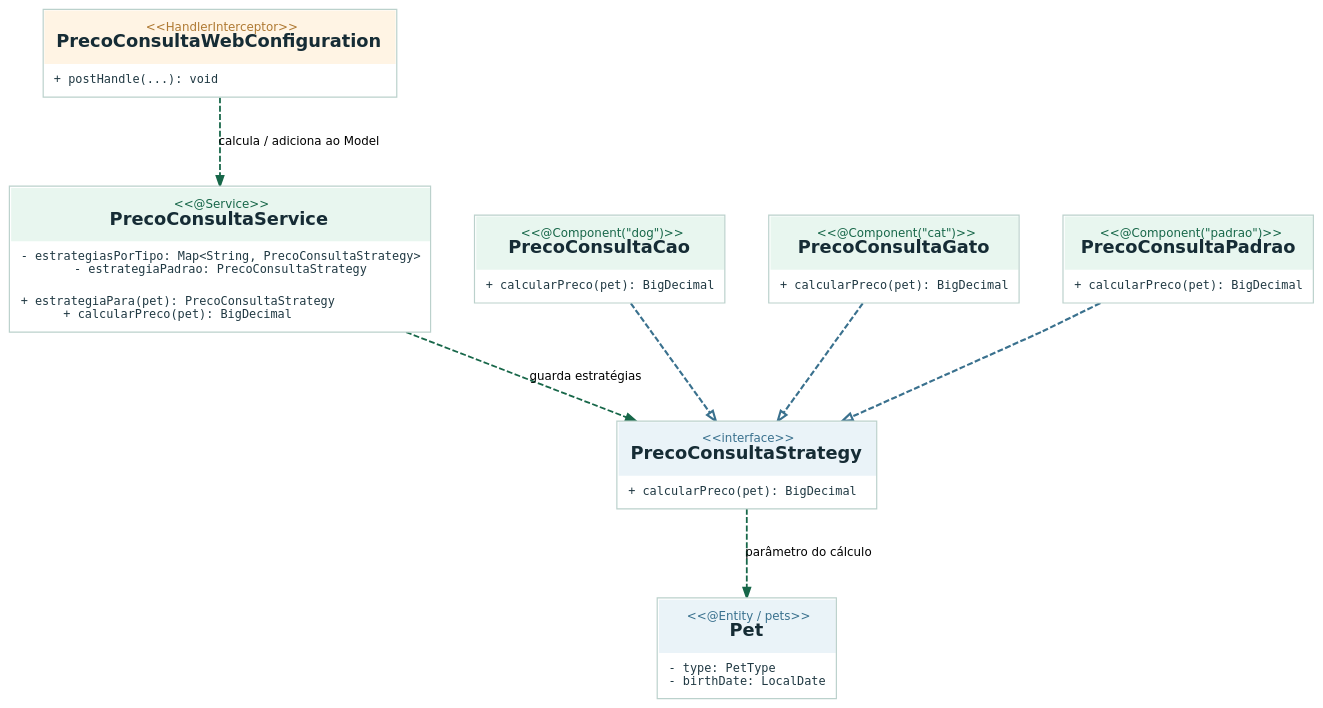
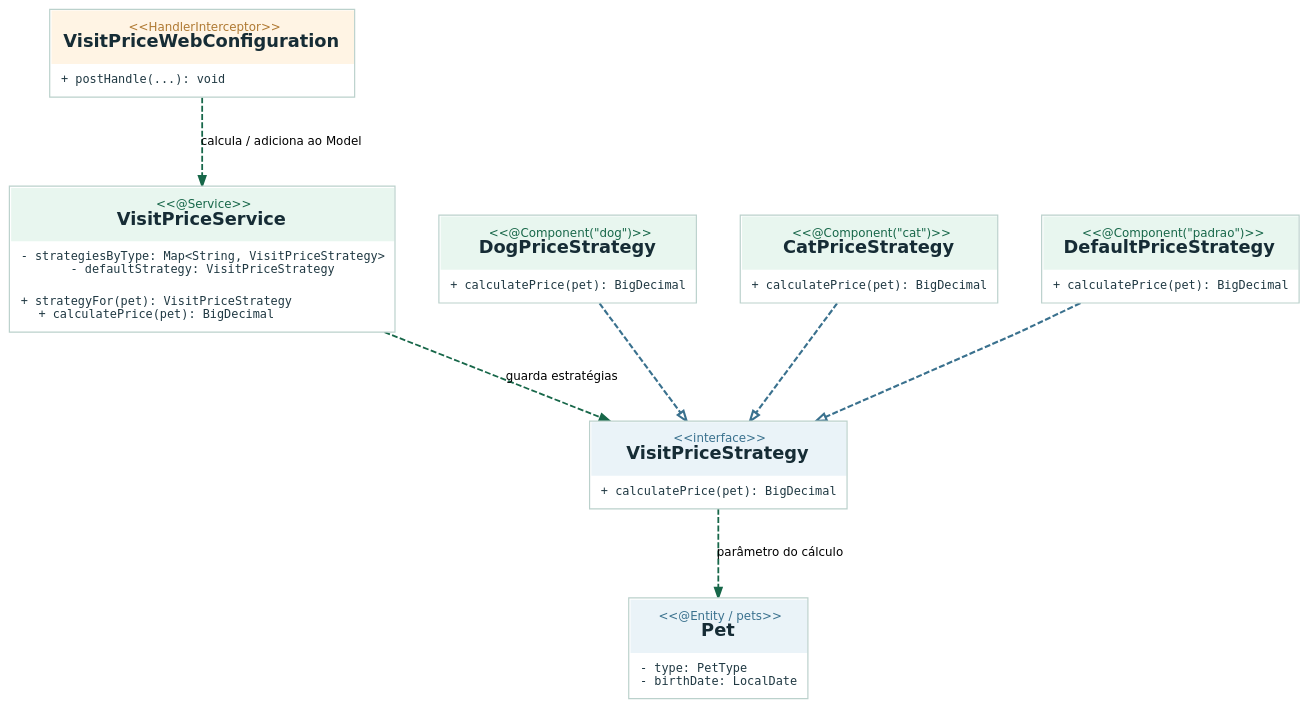
Before and after one commit to GabrielKayran/spring-petclinic: the diagram in docs/uml/dot/05_classes_strategy.dot, drawn with Graphviz. The commit also changed 115 other files, not shown here.

```diff
--- a/docs/uml/dot/05_classes_strategy.dot
+++ b/docs/uml/dot/05_classes_strategy.dot
@@ -1,19 +1,19 @@
 digraph G {
   graph [rankdir=TB, bgcolor="transparent", pad="0.32", nodesep=.52, ranksep=.87, splines=polyline, outputorder=edgesfirst, fontname="DejaVu Sans", fontsize=12];
   node [shape=plain, fontname="DejaVu Sans"];
   edge [color="#5C7280", fontname="DejaVu Sans", fontsize=10, arrowsize=.85, penwidth=1.3];
-  Iface [label=<<TABLE BORDER="1" CELLBORDER="0" CELLSPACING="0" CELLPADDING="1" COLOR="#BBD1CC" BGCOLOR="#FFFFFF"><TR><TD BGCOLOR="#EAF3F8" CELLPADDING="10" ALIGN="CENTER"><FONT FACE="DejaVu Sans" COLOR="#3A718E" POINT-SIZE="10">&lt;&lt;interface&gt;&gt;</FONT><BR/><FONT FACE="DejaVu Sans" COLOR="#162C35" POINT-SIZE="15"><B>PrecoConsultaStrategy</B></FONT></TD></TR><TR><TD ALIGN="LEFT" CELLPADDING="8"><FONT FACE="DejaVu Sans Mono" POINT-SIZE="10" COLOR="#203943">+ calcularPreco(pet): BigDecimal</FONT></TD></TR></TABLE>>];
-  Service [label=<<TABLE BORDER="1" CELLBORDER="0" CELLSPACING="0" CELLPADDING="1" COLOR="#BBD1CC" BGCOLOR="#FFFFFF"><TR><TD BGCOLOR="#E8F6EF" CELLPADDING="10" ALIGN="CENTER"><FONT FACE="DejaVu Sans" COLOR="#176749" POINT-SIZE="10">&lt;&lt;@Service&gt;&gt;</FONT><BR/><FONT FACE="DejaVu Sans" COLOR="#162C35" POINT-SIZE="15"><B>PrecoConsultaService</B></FONT></TD></TR><TR><TD ALIGN="LEFT" CELLPADDING="8"><FONT FACE="DejaVu Sans Mono" POINT-SIZE="10" COLOR="#203943">- estrategiasPorTipo: Map&lt;String, PrecoConsultaStrategy&gt;<BR ALIGN="LEFT"/>- estrategiaPadrao: PrecoConsultaStrategy</FONT></TD></TR><TR><TD ALIGN="LEFT" CELLPADDING="8"><FONT FACE="DejaVu Sans Mono" POINT-SIZE="10" COLOR="#203943">+ estrategiaPara(pet): PrecoConsultaStrategy<BR ALIGN="LEFT"/>+ calcularPreco(pet): BigDecimal</FONT></TD></TR></TABLE>>];
-  Dog [label=<<TABLE BORDER="1" CELLBORDER="0" CELLSPACING="0" CELLPADDING="1" COLOR="#BBD1CC" BGCOLOR="#FFFFFF"><TR><TD BGCOLOR="#E8F6EF" CELLPADDING="10" ALIGN="CENTER"><FONT FACE="DejaVu Sans" COLOR="#176749" POINT-SIZE="10">&lt;&lt;@Component(&quot;dog&quot;)&gt;&gt;</FONT><BR/><FONT FACE="DejaVu Sans" COLOR="#162C35" POINT-SIZE="15"><B>PrecoConsultaCao</B></FONT></TD></TR><TR><TD ALIGN="LEFT" CELLPADDING="8"><FONT FACE="DejaVu Sans Mono" POINT-SIZE="10" COLOR="#203943">+ calcularPreco(pet): BigDecimal</FONT></TD></TR></TABLE>>];
-  Cat [label=<<TABLE BORDER="1" CELLBORDER="0" CELLSPACING="0" CELLPADDING="1" COLOR="#BBD1CC" BGCOLOR="#FFFFFF"><TR><TD BGCOLOR="#E8F6EF" CELLPADDING="10" ALIGN="CENTER"><FONT FACE="DejaVu Sans" COLOR="#176749" POINT-SIZE="10">&lt;&lt;@Component(&quot;cat&quot;)&gt;&gt;</FONT><BR/><FONT FACE="DejaVu Sans" COLOR="#162C35" POINT-SIZE="15"><B>PrecoConsultaGato</B></FONT></TD></TR><TR><TD ALIGN="LEFT" CELLPADDING="8"><FONT FACE="DejaVu Sans Mono" POINT-SIZE="10" COLOR="#203943">+ calcularPreco(pet): BigDecimal</FONT></TD></TR></TABLE>>];
-  Default [label=<<TABLE BORDER="1" CELLBORDER="0" CELLSPACING="0" CELLPADDING="1" COLOR="#BBD1CC" BGCOLOR="#FFFFFF"><TR><TD BGCOLOR="#E8F6EF" CELLPADDING="10" ALIGN="CENTER"><FONT FACE="DejaVu Sans" COLOR="#176749" POINT-SIZE="10">&lt;&lt;@Component(&quot;padrao&quot;)&gt;&gt;</FONT><BR/><FONT FACE="DejaVu Sans" COLOR="#162C35" POINT-SIZE="15"><B>PrecoConsultaPadrao</B></FONT></TD></TR><TR><TD ALIGN="LEFT" CELLPADDING="8"><FONT FACE="DejaVu Sans Mono" POINT-SIZE="10" COLOR="#203943">+ calcularPreco(pet): BigDecimal</FONT></TD></TR></TABLE>>];
-  WebConfig [label=<<TABLE BORDER="1" CELLBORDER="0" CELLSPACING="0" CELLPADDING="1" COLOR="#BBD1CC" BGCOLOR="#FFFFFF"><TR><TD BGCOLOR="#FFF4E4" CELLPADDING="10" ALIGN="CENTER"><FONT FACE="DejaVu Sans" COLOR="#AF7932" POINT-SIZE="10">&lt;&lt;HandlerInterceptor&gt;&gt;</FONT><BR/><FONT FACE="DejaVu Sans" COLOR="#162C35" POINT-SIZE="15"><B>PrecoConsultaWebConfiguration</B></FONT></TD></TR><TR><TD ALIGN="LEFT" CELLPADDING="8"><FONT FACE="DejaVu Sans Mono" POINT-SIZE="10" COLOR="#203943">+ postHandle(...): void</FONT></TD></TR></TABLE>>];
+  Iface [label=<<TABLE BORDER="1" CELLBORDER="0" CELLSPACING="0" CELLPADDING="1" COLOR="#BBD1CC" BGCOLOR="#FFFFFF"><TR><TD BGCOLOR="#EAF3F8" CELLPADDING="10" ALIGN="CENTER"><FONT FACE="DejaVu Sans" COLOR="#3A718E" POINT-SIZE="10">&lt;&lt;interface&gt;&gt;</FONT><BR/><FONT FACE="DejaVu Sans" COLOR="#162C35" POINT-SIZE="15"><B>VisitPriceStrategy</B></FONT></TD></TR><TR><TD ALIGN="LEFT" CELLPADDING="8"><FONT FACE="DejaVu Sans Mono" POINT-SIZE="10" COLOR="#203943">+ calculatePrice(pet): BigDecimal</FONT></TD></TR></TABLE>>];
+  Service [label=<<TABLE BORDER="1" CELLBORDER="0" CELLSPACING="0" CELLPADDING="1" COLOR="#BBD1CC" BGCOLOR="#FFFFFF"><TR><TD BGCOLOR="#E8F6EF" CELLPADDING="10" ALIGN="CENTER"><FONT FACE="DejaVu Sans" COLOR="#176749" POINT-SIZE="10">&lt;&lt;@Service&gt;&gt;</FONT><BR/><FONT FACE="DejaVu Sans" COLOR="#162C35" POINT-SIZE="15"><B>VisitPriceService</B></FONT></TD></TR><TR><TD ALIGN="LEFT" CELLPADDING="8"><FONT FACE="DejaVu Sans Mono" POINT-SIZE="10" COLOR="#203943">- strategiesByType: Map&lt;String, VisitPriceStrategy&gt;<BR ALIGN="LEFT"/>- defaultStrategy: VisitPriceStrategy</FONT></TD></TR><TR><TD ALIGN="LEFT" CELLPADDING="8"><FONT FACE="DejaVu Sans Mono" POINT-SIZE="10" COLOR="#203943">+ strategyFor(pet): VisitPriceStrategy<BR ALIGN="LEFT"/>+ calculatePrice(pet): BigDecimal</FONT></TD></TR></TABLE>>];
+  Dog [label=<<TABLE BORDER="1" CELLBORDER="0" CELLSPACING="0" CELLPADDING="1" COLOR="#BBD1CC" BGCOLOR="#FFFFFF"><TR><TD BGCOLOR="#E8F6EF" CELLPADDING="10" ALIGN="CENTER"><FONT FACE="DejaVu Sans" COLOR="#176749" POINT-SIZE="10">&lt;&lt;@Component(&quot;dog&quot;)&gt;&gt;</FONT><BR/><FONT FACE="DejaVu Sans" COLOR="#162C35" POINT-SIZE="15"><B>DogPriceStrategy</B></FONT></TD></TR><TR><TD ALIGN="LEFT" CELLPADDING="8"><FONT FACE="DejaVu Sans Mono" POINT-SIZE="10" COLOR="#203943">+ calculatePrice(pet): BigDecimal</FONT></TD></TR></TABLE>>];
+  Cat [label=<<TABLE BORDER="1" CELLBORDER="0" CELLSPACING="0" CELLPADDING="1" COLOR="#BBD1CC" BGCOLOR="#FFFFFF"><TR><TD BGCOLOR="#E8F6EF" CELLPADDING="10" ALIGN="CENTER"><FONT FACE="DejaVu Sans" COLOR="#176749" POINT-SIZE="10">&lt;&lt;@Component(&quot;cat&quot;)&gt;&gt;</FONT><BR/><FONT FACE="DejaVu Sans" COLOR="#162C35" POINT-SIZE="15"><B>CatPriceStrategy</B></FONT></TD></TR><TR><TD ALIGN="LEFT" CELLPADDING="8"><FONT FACE="DejaVu Sans Mono" POINT-SIZE="10" COLOR="#203943">+ calculatePrice(pet): BigDecimal</FONT></TD></TR></TABLE>>];
+  Default [label=<<TABLE BORDER="1" CELLBORDER="0" CELLSPACING="0" CELLPADDING="1" COLOR="#BBD1CC" BGCOLOR="#FFFFFF"><TR><TD BGCOLOR="#E8F6EF" CELLPADDING="10" ALIGN="CENTER"><FONT FACE="DejaVu Sans" COLOR="#176749" POINT-SIZE="10">&lt;&lt;@Component(&quot;padrao&quot;)&gt;&gt;</FONT><BR/><FONT FACE="DejaVu Sans" COLOR="#162C35" POINT-SIZE="15"><B>DefaultPriceStrategy</B></FONT></TD></TR><TR><TD ALIGN="LEFT" CELLPADDING="8"><FONT FACE="DejaVu Sans Mono" POINT-SIZE="10" COLOR="#203943">+ calculatePrice(pet): BigDecimal</FONT></TD></TR></TABLE>>];
+  WebConfig [label=<<TABLE BORDER="1" CELLBORDER="0" CELLSPACING="0" CELLPADDING="1" COLOR="#BBD1CC" BGCOLOR="#FFFFFF"><TR><TD BGCOLOR="#FFF4E4" CELLPADDING="10" ALIGN="CENTER"><FONT FACE="DejaVu Sans" COLOR="#AF7932" POINT-SIZE="10">&lt;&lt;HandlerInterceptor&gt;&gt;</FONT><BR/><FONT FACE="DejaVu Sans" COLOR="#162C35" POINT-SIZE="15"><B>VisitPriceWebConfiguration</B></FONT></TD></TR><TR><TD ALIGN="LEFT" CELLPADDING="8"><FONT FACE="DejaVu Sans Mono" POINT-SIZE="10" COLOR="#203943">+ postHandle(...): void</FONT></TD></TR></TABLE>>];
   Pet [label=<<TABLE BORDER="1" CELLBORDER="0" CELLSPACING="0" CELLPADDING="1" COLOR="#BBD1CC" BGCOLOR="#FFFFFF"><TR><TD BGCOLOR="#EAF3F8" CELLPADDING="10" ALIGN="CENTER"><FONT FACE="DejaVu Sans" COLOR="#3A718E" POINT-SIZE="10">&lt;&lt;@Entity / pets&gt;&gt;</FONT><BR/><FONT FACE="DejaVu Sans" COLOR="#162C35" POINT-SIZE="15"><B>Pet</B></FONT></TD></TR><TR><TD ALIGN="LEFT" CELLPADDING="8"><FONT FACE="DejaVu Sans Mono" POINT-SIZE="10" COLOR="#203943">- type: PetType<BR ALIGN="LEFT"/>- birthDate: LocalDate</FONT></TD></TR></TABLE>>];
  {rank=same;Dog;Cat;Default;}
   Dog -> Iface [arrowhead=empty, style=dashed, penwidth=1.8,color="#3A718E"];
   Cat -> Iface [arrowhead=empty, style=dashed, penwidth=1.8,color="#3A718E"];
   Default -> Iface [arrowhead=empty, style=dashed, penwidth=1.8,color="#3A718E"];
   Service -> Iface [color="#176749",label="guarda estratégias",style=dashed, penwidth=1.5];
   WebConfig -> Service [color="#176749",label="calcula / adiciona ao Model",style=dashed, penwidth=1.5];
   Iface -> Pet [color="#176749",label="parâmetro do cálculo",style=dashed, penwidth=1.5];
 }
```
